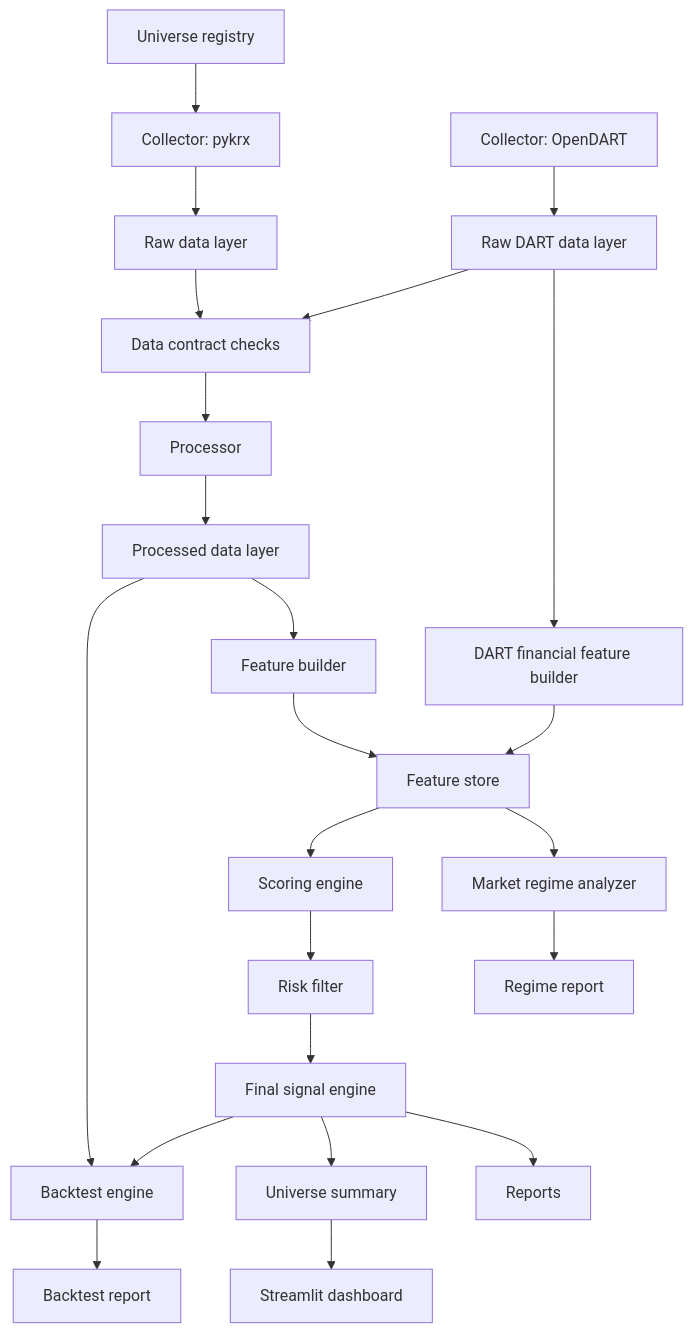
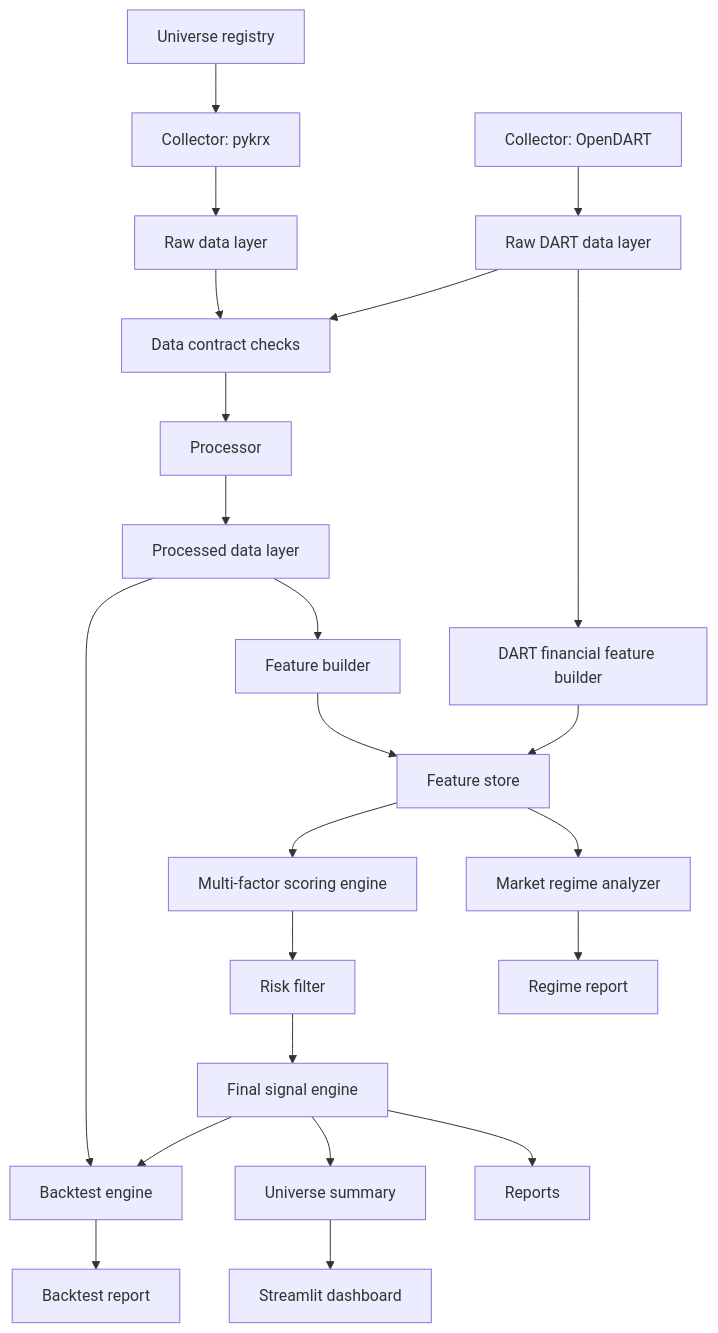
The diagram in docs/architecture.md (pkb0728-lgtm/krx-alpha-platform), drawn with Mermaid before and after one commit. The commit also changed other lines of this file and 22 other files, not shown here.

````diff
--- a/docs/architecture.md
+++ b/docs/architecture.md
@@ -11,25 +11,25 @@
 ```mermaid
 flowchart TD
     U["Universe registry"] --> A
     A["Collector: pykrx"] --> B["Raw data layer"]
     X["Collector: OpenDART"] --> Y["Raw DART data layer"]
     Y --> Z["DART financial feature builder"]
     Z --> G
     B --> C["Data contract checks"]
     Y --> C
     C --> D["Processor"]
     D --> E["Processed data layer"]
     E --> F["Feature builder"]
     F --> G["Feature store"]
     G --> R["Market regime analyzer"]
-    G --> H["Scoring engine"]
+    G --> H["Multi-factor scoring engine"]
     H --> I["Risk filter"]
     I --> J["Final signal engine"]
     J --> K["Reports"]
     J --> L["Universe summary"]
     L --> M["Streamlit dashboard"]
     J --> N["Backtest engine"]
     E --> N
     N --> O["Backtest report"]
     R --> P["Regime report"]
 ```
````
